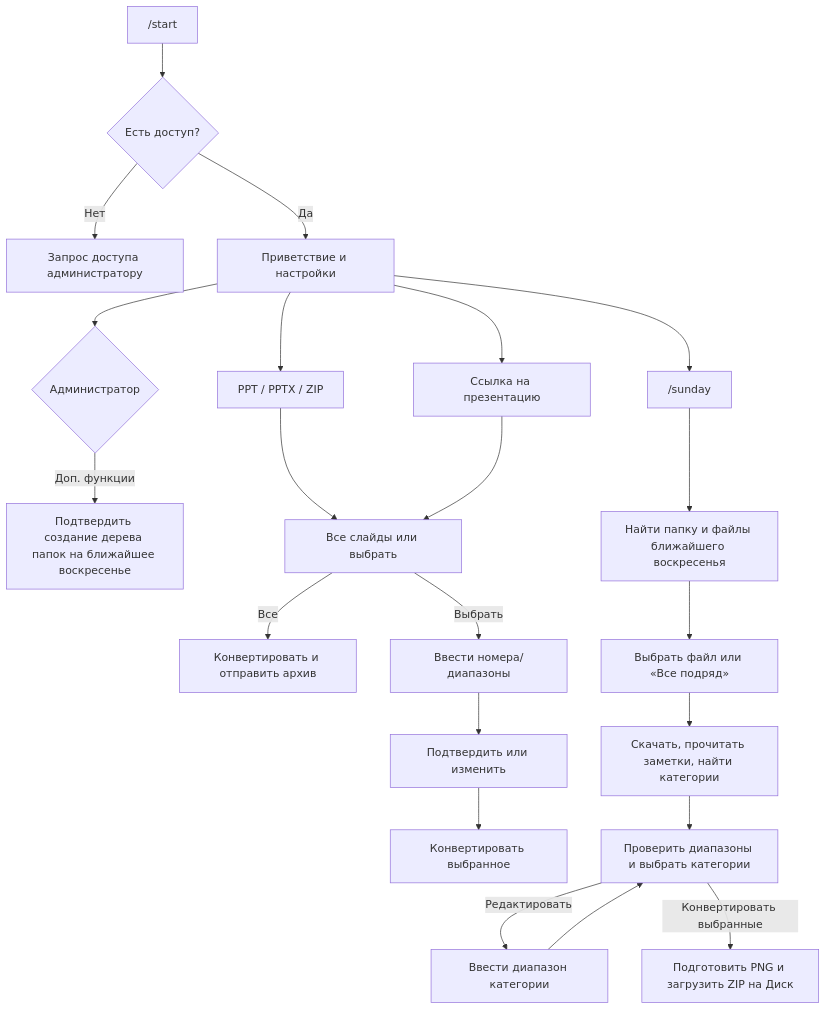
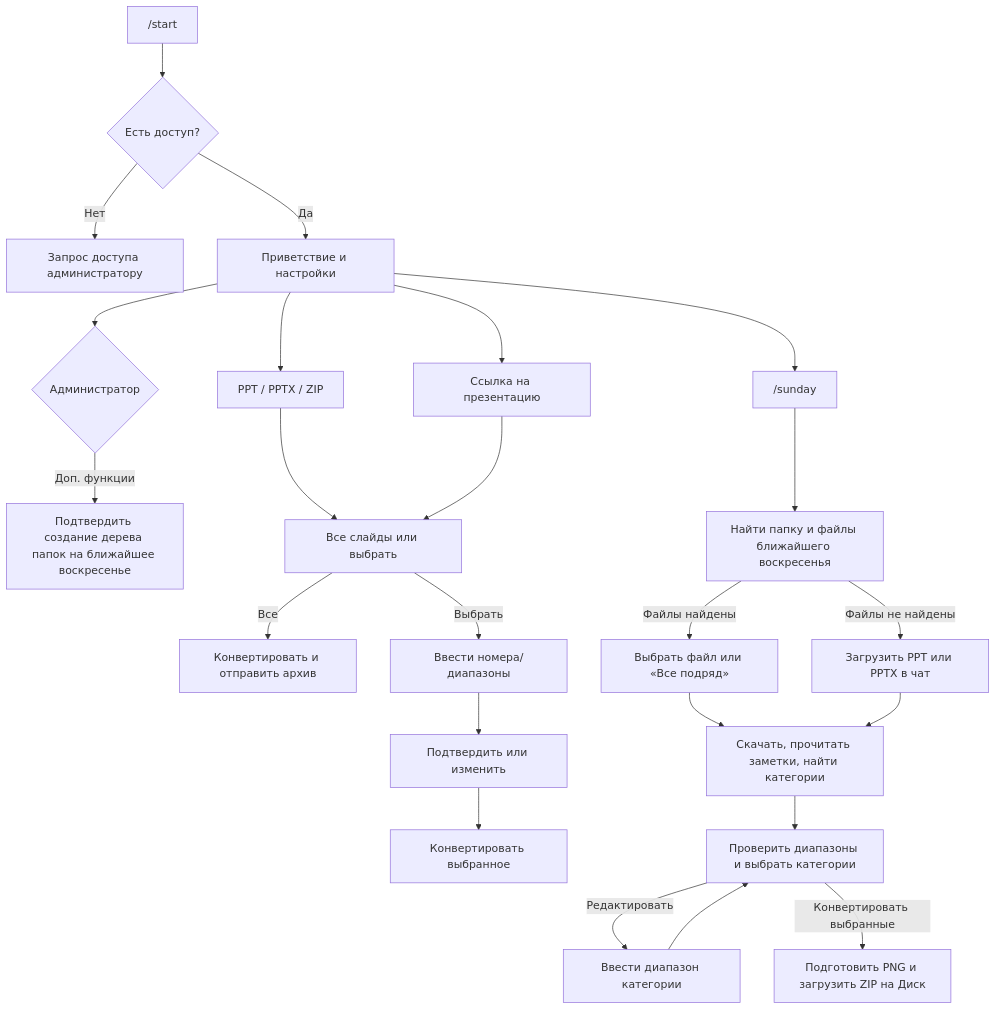
Before and after one commit to medianbc/pptx2png: the diagram in BOT_USER_FLOWS.md, drawn with Mermaid. The commit also changed other lines of this file and 3 other files, not shown here.

````diff
--- a/BOT_USER_FLOWS.md
+++ b/BOT_USER_FLOWS.md
@@ -30,24 +30,26 @@
 ```mermaid
 flowchart TD
     Start["/start"] --> Access{"Есть доступ?"}
     Access -- "Нет" --> Request["Запрос доступа администратору"]
     Access -- "Да" --> Home["Приветствие и настройки"]
     Home --> Upload["PPT / PPTX / ZIP"]
     Home --> Link["Ссылка на презентацию"]
     Home --> Sunday["/sunday"]
     Home --> AdminTools{"Администратор"}
     AdminTools -->|Доп. функции| FolderSetup["Подтвердить создание дерева папок на ближайшее воскресенье"]
     Upload --> Pick["Все слайды или выбрать"]
     Link --> Pick
     Pick -->|Все| ConvertAll["Конвертировать и отправить архив"]
     Pick -->|Выбрать| Range["Ввести номера/диапазоны"]
     Range --> Confirm["Подтвердить или изменить"]
     Confirm --> ConvertSelected["Конвертировать выбранное"]
     Sunday --> Find["Найти папку и файлы ближайшего воскресенья"]
-    Find --> SundayPicker["Выбрать файл или «Все подряд»"]
+    Find -->|Файлы найдены| SundayPicker["Выбрать файл или «Все подряд»"]
+    Find -->|Файлы не найдены| UploadSunday["Загрузить PPT или PPTX в чат"]
     SundayPicker --> Analyze["Скачать, прочитать заметки, найти категории"]
+    UploadSunday --> Analyze
     Analyze --> CategoryMenu["Проверить диапазоны и выбрать категории"]
     CategoryMenu -->|Редактировать| EditRange["Ввести диапазон категории"]
     EditRange --> CategoryMenu
     CategoryMenu -->|Конвертировать выбранные| UploadYandex["Подготовить PNG и загрузить ZIP на Диск"]
 ```
````
